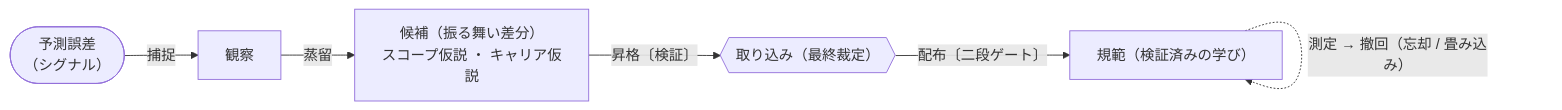
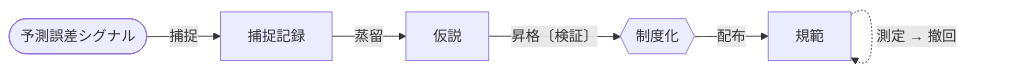
The diagram in plugins/growth/DESIGN.md (kuchita-el/claude-shared-skills), drawn with Mermaid before and after one commit. The commit also changed other lines of this file and 1 other file, not shown here.

First line of the commit message:
docs(growth): 学習ループ図のノードを新用語へ改名し glossary を移行

````diff
--- a/plugins/growth/DESIGN.md
+++ b/plugins/growth/DESIGN.md
@@ -52,14 +52,14 @@
 ```mermaid
 flowchart LR
-    PE(["予測誤差<br/>（シグナル）"])
-    OBS["観察"]
-    CAND["候補（振る舞い差分）<br/>スコープ仮説 ・ キャリア仮説"]
-    ADJ{{"取り込み（最終裁定）"}}
-    NORM["規範（検証済みの学び）"]
+    PE(["予測誤差シグナル"])
+    OBS["捕捉記録"]
+    CAND["仮説"]
+    ADJ{{"制度化"}}
+    NORM["規範"]
 
     PE -->|捕捉| OBS
     OBS -->|蒸留| CAND
     CAND -->|"昇格〔検証〕"| ADJ
-    ADJ -->|"配布〔二段ゲート〕"| NORM
-    NORM -.->|"測定 → 撤回（忘却 / 畳み込み）"| NORM
+    ADJ -->|配布| NORM
+    NORM -.->|"測定 → 撤回"| NORM
 ```
````
